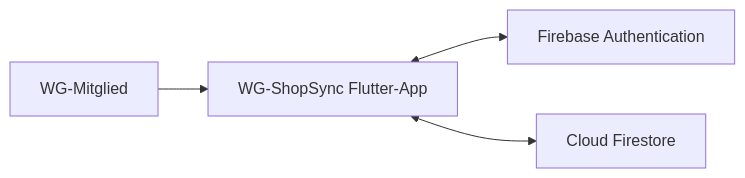
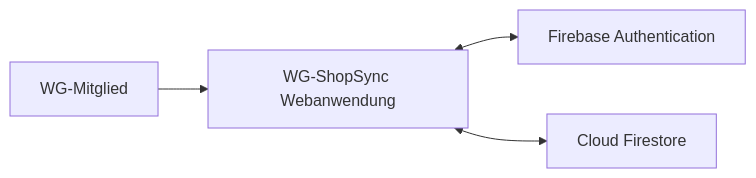
Before and after one commit to Viny005/wg-shopsync: the diagram in docs/spec/P2-architektur.md, drawn with Mermaid. The commit also changed other lines of this file and 27 other files, not shown here.

First line of the commit message:
docs(arch): align specification with web architecture

````diff
--- a/docs/spec/P2-architektur.md
+++ b/docs/spec/P2-architektur.md
@@ -21,6 +21,6 @@
 ```mermaid
 flowchart LR
-    U[WG-Mitglied] --> A[WG-ShopSync Flutter-App]
+    U[WG-Mitglied] --> A[WG-ShopSync Webanwendung]
     A <--> AUTH[Firebase Authentication]
     A <--> DB[Cloud Firestore]
 ```
````
